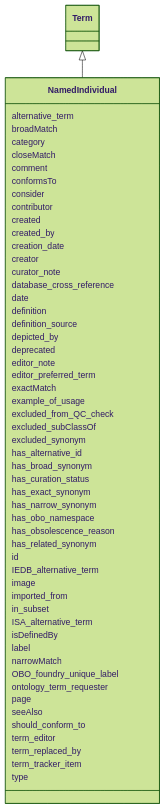
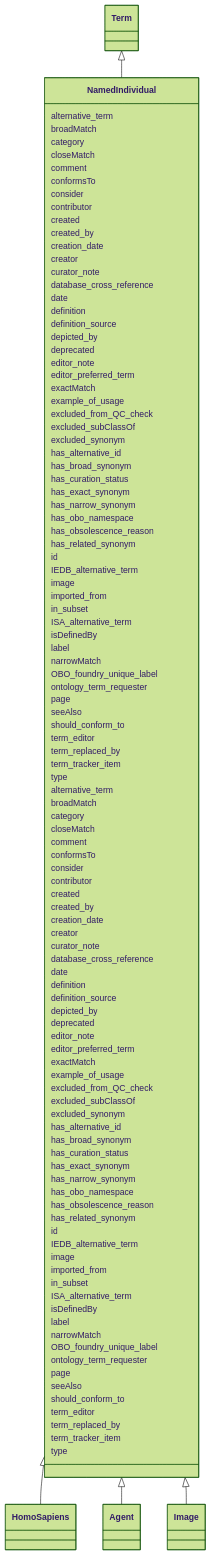
Before and after one commit to cthoyt/ontology-access-kit: the diagram in ontology-metadata/NamedIndividual.md, drawn with Mermaid (forest theme). The commit also changed other lines of this file and 2537 other files, not shown here.

````diff
--- a/ontology-metadata/NamedIndividual.md
+++ b/ontology-metadata/NamedIndividual.md
@@ -11,5 +11,6 @@
 ```{mermaid}
  classDiagram
+    class NamedIndividual
       Term <|-- NamedIndividual
       
       NamedIndividual : alternative_term
@@ -66,4 +67,61 @@
       NamedIndividual : type
       
 
+      NamedIndividual <|-- HomoSapiens
+      NamedIndividual <|-- Agent
+      NamedIndividual <|-- Image
+      
+      NamedIndividual : alternative_term
+      NamedIndividual : broadMatch
+      NamedIndividual : category
+      NamedIndividual : closeMatch
+      NamedIndividual : comment
+      NamedIndividual : conformsTo
+      NamedIndividual : consider
+      NamedIndividual : contributor
+      NamedIndividual : created
+      NamedIndividual : created_by
+      NamedIndividual : creation_date
+      NamedIndividual : creator
+      NamedIndividual : curator_note
+      NamedIndividual : database_cross_reference
+      NamedIndividual : date
+      NamedIndividual : definition
+      NamedIndividual : definition_source
+      NamedIndividual : depicted_by
+      NamedIndividual : deprecated
+      NamedIndividual : editor_note
+      NamedIndividual : editor_preferred_term
+      NamedIndividual : exactMatch
+      NamedIndividual : example_of_usage
+      NamedIndividual : excluded_from_QC_check
+      NamedIndividual : excluded_subClassOf
+      NamedIndividual : excluded_synonym
+      NamedIndividual : has_alternative_id
+      NamedIndividual : has_broad_synonym
+      NamedIndividual : has_curation_status
+      NamedIndividual : has_exact_synonym
+      NamedIndividual : has_narrow_synonym
+      NamedIndividual : has_obo_namespace
+      NamedIndividual : has_obsolescence_reason
+      NamedIndividual : has_related_synonym
+      NamedIndividual : id
+      NamedIndividual : IEDB_alternative_term
+      NamedIndividual : image
+      NamedIndividual : imported_from
+      NamedIndividual : in_subset
+      NamedIndividual : ISA_alternative_term
+      NamedIndividual : isDefinedBy
+      NamedIndividual : label
+      NamedIndividual : narrowMatch
+      NamedIndividual : OBO_foundry_unique_label
+      NamedIndividual : ontology_term_requester
+      NamedIndividual : page
+      NamedIndividual : seeAlso
+      NamedIndividual : should_conform_to
+      NamedIndividual : term_editor
+      NamedIndividual : term_replaced_by
+      NamedIndividual : term_tracker_item
+      NamedIndividual : type
+      
 ```
````
